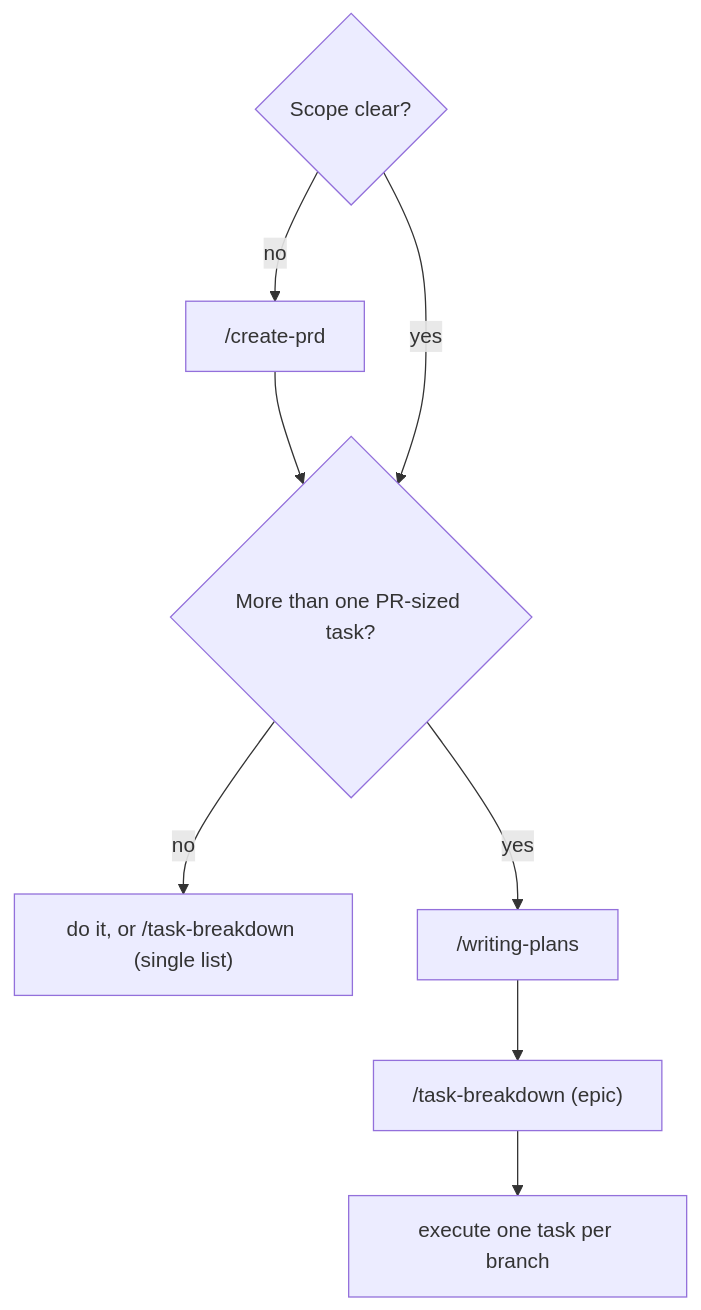
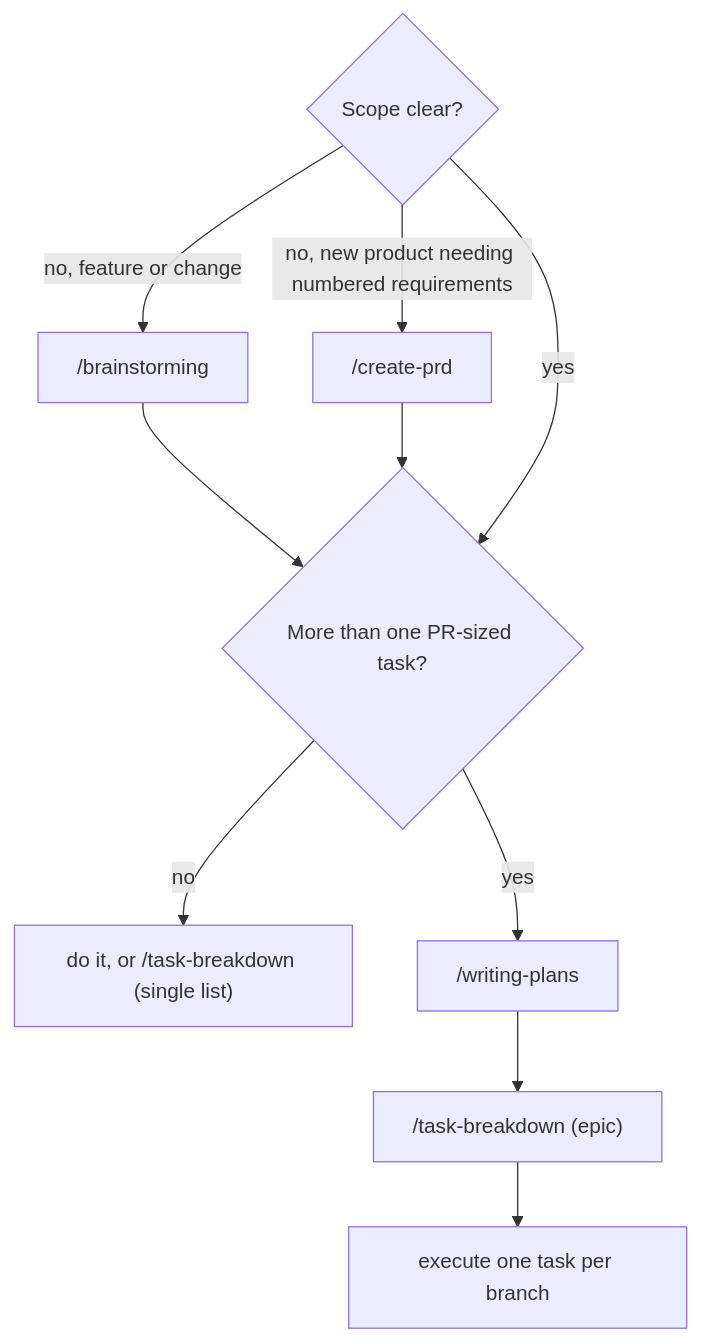
Before and after one commit to ton-anywhere/my-favorite-prompts: the diagram in docs/using-skills.md, drawn with Mermaid. The commit also changed other lines of this file, not shown here.

Commit message:
docs(using-skills): add brainstorming as the default scoping step

````diff
--- a/docs/using-skills.md
+++ b/docs/using-skills.md
@@ -12,7 +14,8 @@
 ```mermaid
 flowchart TD
-  A{"Scope clear?"} -->|no| PRD["/create-prd"] --> B
+  A{"Scope clear?"} -->|"no, feature or change"| BR["/brainstorming"] --> B
+  A -->|"no, new product needing numbered requirements"| PRD["/create-prd"] --> B
   A -->|yes| B{"More than one PR-sized task?"}
   B -->|no| S["do it, or /task-breakdown (single list)"]
   B -->|yes| WP["/writing-plans"] --> E["/task-breakdown (epic)"] --> X["execute one task per branch"]
 ```
````
